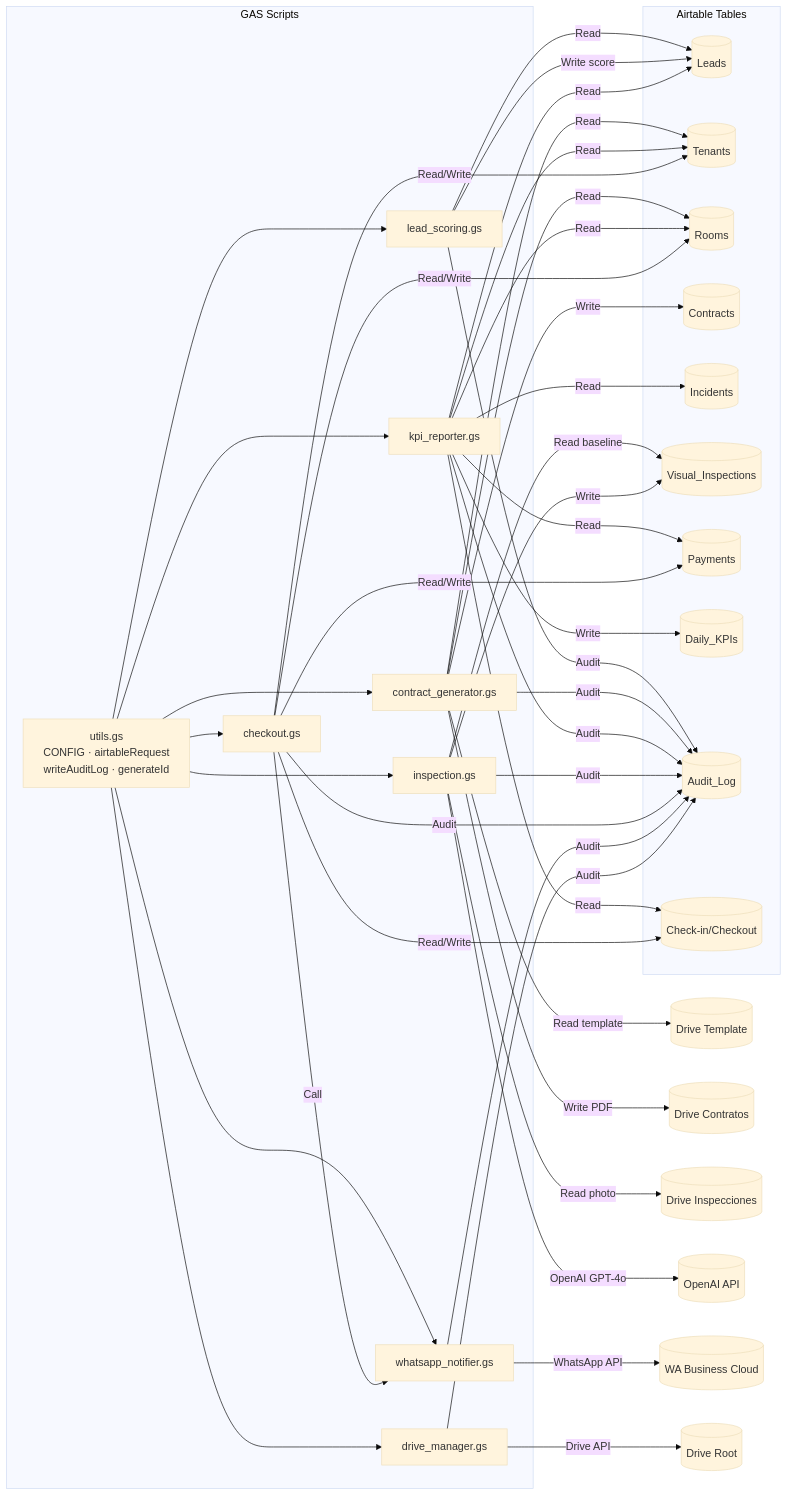
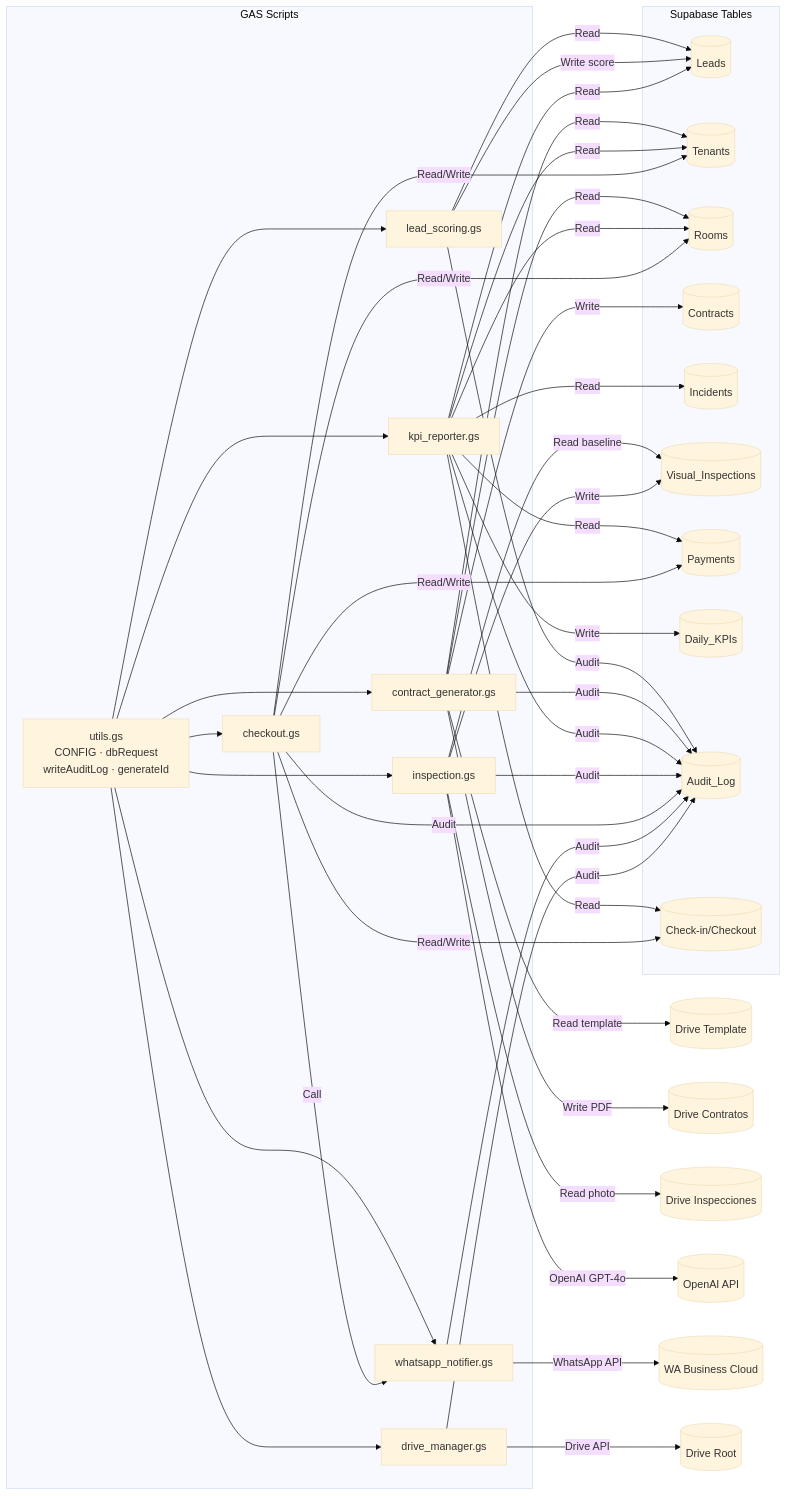
One commit to Articrafter93/propertyops-ai changed the second of 2 diagrams in docs/ARCHITECTURE.md. Above: the diagram before and after it, drawn with Mermaid (base theme). The commit also changed other lines of this file and 16 other files, not shown here.

````diff
--- a/docs/ARCHITECTURE.md
+++ b/docs/ARCHITECTURE.md
@@ -71,58 +79,58 @@
 ```mermaid
 graph LR
     subgraph GAS Scripts
-        U[utils.gs\nCONFIG · airtableRequest\nwriteAuditLog · generateId]
+        U[utils.gs\nCONFIG · dbRequest\nwriteAuditLog · generateId]
         LS[lead_scoring.gs]
         CG[contract_generator.gs]
         KR[kpi_reporter.gs]
         IN[inspection.gs]
         CO[checkout.gs]
         WN[whatsapp_notifier.gs]
         DM[drive_manager.gs]
     end
 
-    subgraph Airtable Tables
+    subgraph Supabase Tables
         TL[(Leads)]
         TT[(Tenants)]
         TR[(Rooms)]
         TC[(Contracts)]
         TI[(Incidents)]
         TVI[(Visual_Inspections)]
         TP[(Payments)]
         TK[(Daily_KPIs)]
         TAL[(Audit_Log)]
         TCO[(Check-in/Checkout)]
     end
 
     U --> LS & CG & KR & IN & CO & WN & DM
 
     LS -->|Read| TL
     LS -->|Write score| TL
     LS -->|Audit| TAL
 
     CG -->|Read template| DRIVE_T[(Drive Template)]
     CG -->|Write PDF| DRIVE_C[(Drive Contratos)]
     CG -->|Read| TT & TR
     CG -->|Write| TC
     CG -->|Audit| TAL
 
     KR -->|Read| TL & TT & TR & TI & TP & TCO
     KR -->|Write| TK
     KR -->|Audit| TAL
 
     IN -->|Read photo| DRIVE_P[(Drive Inspecciones)]
     IN -->|OpenAI GPT-4o| OAI[(OpenAI API)]
     IN -->|Read baseline| TVI
     IN -->|Write| TVI
     IN -->|Audit| TAL
 
     CO -->|Read/Write| TT & TR & TCO & TP
     CO -->|Call| WN
     CO -->|Audit| TAL
 
     WN -->|WhatsApp API| WA_API[(WA Business Cloud)]
     WN -->|Audit| TAL
 
     DM -->|Drive API| DRIVE_ROOT[(Drive Root)]
     DM -->|Audit| TAL
 ```
````
